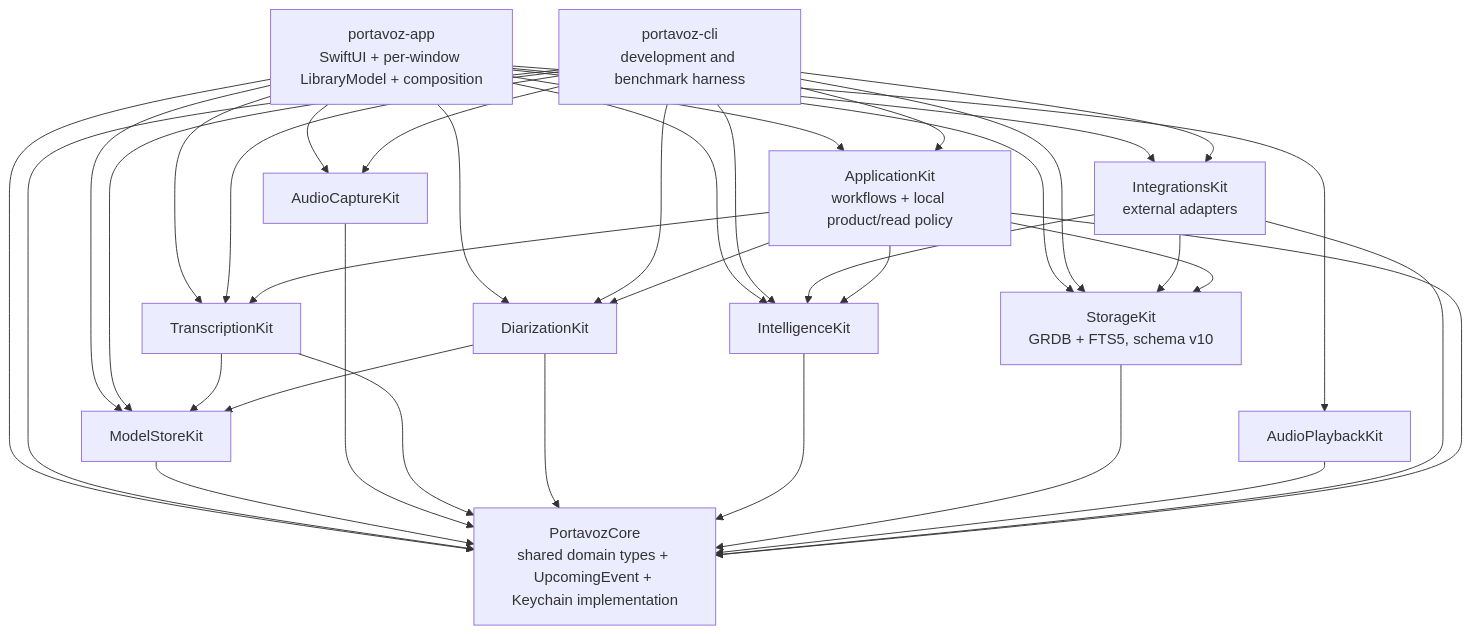
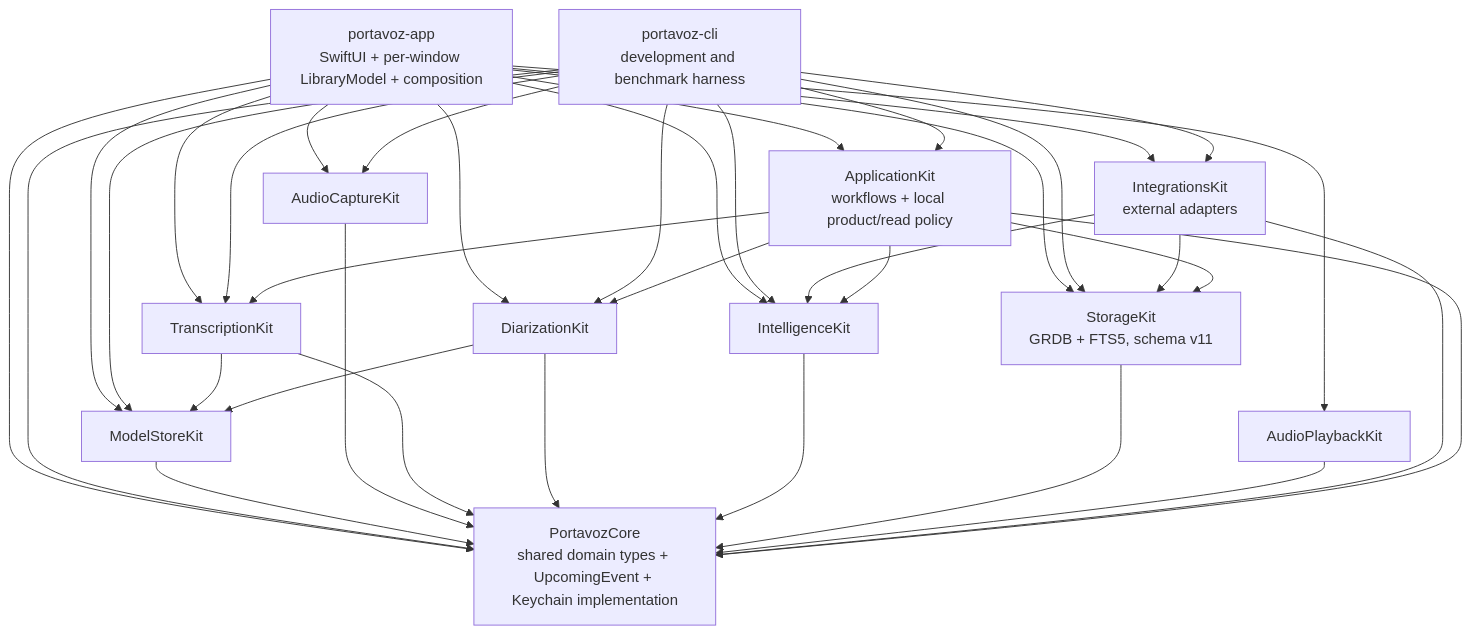
Before and after one commit to johnny4young/portavoz: the first of 3 diagrams in docs/refactor-20260714.md, drawn with Mermaid. The commit also changed other lines of this file and 39 other files, not shown here.

````diff
--- a/docs/refactor-20260714.md
+++ b/docs/refactor-20260714.md
@@ -108,52 +108,52 @@
 ```mermaid
 flowchart TB
     APP["portavoz-app\nSwiftUI + per-window LibraryModel + composition"]
     CLI["portavoz-cli\ndevelopment and benchmark harness"]
     APPLICATION["ApplicationKit\nworkflows + local product/read policy"]
     CORE["PortavozCore\nshared domain types + UpcomingEvent + Keychain implementation"]
     MODEL["ModelStoreKit"]
     CAPTURE["AudioCaptureKit"]
     STT["TranscriptionKit"]
     DIAR["DiarizationKit"]
     INTEL["IntelligenceKit"]
-    STORE["StorageKit\nGRDB + FTS5, schema v10"]
+    STORE["StorageKit\nGRDB + FTS5, schema v11"]
     PLAYBACK["AudioPlaybackKit"]
     INTEGRATIONS["IntegrationsKit\nexternal adapters"]
 
     APP --> CORE
     APP --> APPLICATION
     APP --> MODEL
     APP --> CAPTURE
     APP --> STT
     APP --> DIAR
     APP --> INTEL
     APP --> STORE
     APP --> PLAYBACK
     APP --> INTEGRATIONS
     CLI --> CORE
     CLI --> APPLICATION
     CLI --> MODEL
     CLI --> CAPTURE
     CLI --> STT
     CLI --> DIAR
     CLI --> INTEL
     CLI --> STORE
     CLI --> INTEGRATIONS
     MODEL --> CORE
     CAPTURE --> CORE
     STT --> CORE
     STT --> MODEL
     DIAR --> CORE
     DIAR --> MODEL
     INTEL --> CORE
     STORE --> CORE
     PLAYBACK --> CORE
     INTEGRATIONS --> CORE
     INTEGRATIONS --> INTEL
     INTEGRATIONS --> STORE
     APPLICATION --> CORE
     APPLICATION --> STT
     APPLICATION --> DIAR
     APPLICATION --> INTEL
     APPLICATION --> STORE
 ```
````
